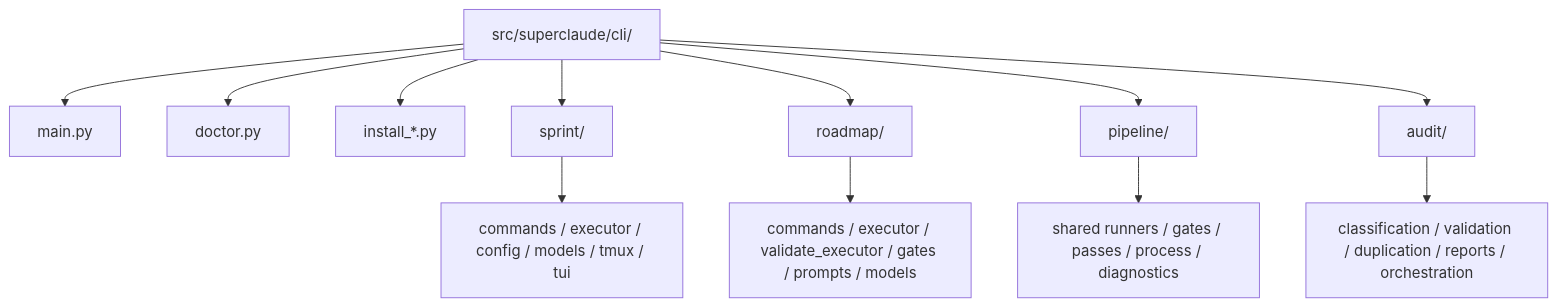
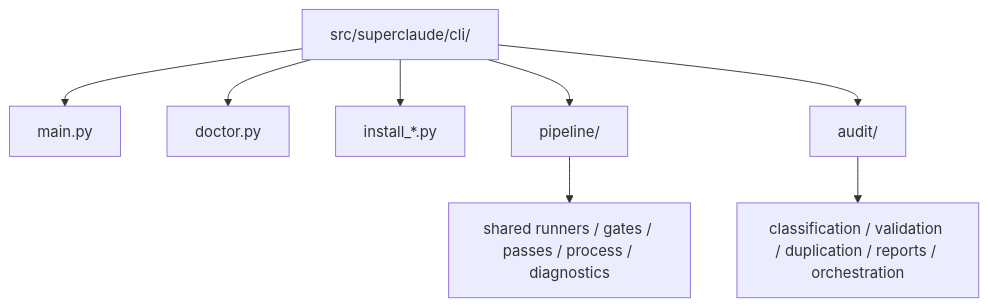
One commit to IronbellyOrg/IronClaude changed the sixth of 8 diagrams in docs/generated/contributor-knowledge-base/architecture-guide.md. Above: the diagram before and after it, drawn with Mermaid. The commit also changed other lines of this file and 604 other files, not shown here.

````diff
--- a/docs/generated/contributor-knowledge-base/architecture-guide.md
+++ b/docs/generated/contributor-knowledge-base/architecture-guide.md
@@ -300,16 +294,12 @@
 ```mermaid
 flowchart TB
     CLI[src/superclaude/cli/]
     CLI --> MAIN[main.py]
     CLI --> DOCTOR[doctor.py]
     CLI --> INSTALLERS[install_*.py]
-    CLI --> SPRINT[sprint/]
-    CLI --> ROADMAP[roadmap/]
     CLI --> PIPELINE[pipeline/]
     CLI --> AUDIT[audit/]
 
-    SPRINT --> SPRINT_PARTS[commands / executor / config / models / tmux / tui]
-    ROADMAP --> ROADMAP_PARTS[commands / executor / validate_executor / gates / prompts / models]
     PIPELINE --> PIPELINE_PARTS[shared runners / gates / passes / process / diagnostics]
     AUDIT --> AUDIT_PARTS[classification / validation / duplication / reports / orchestration]
 ```
````
